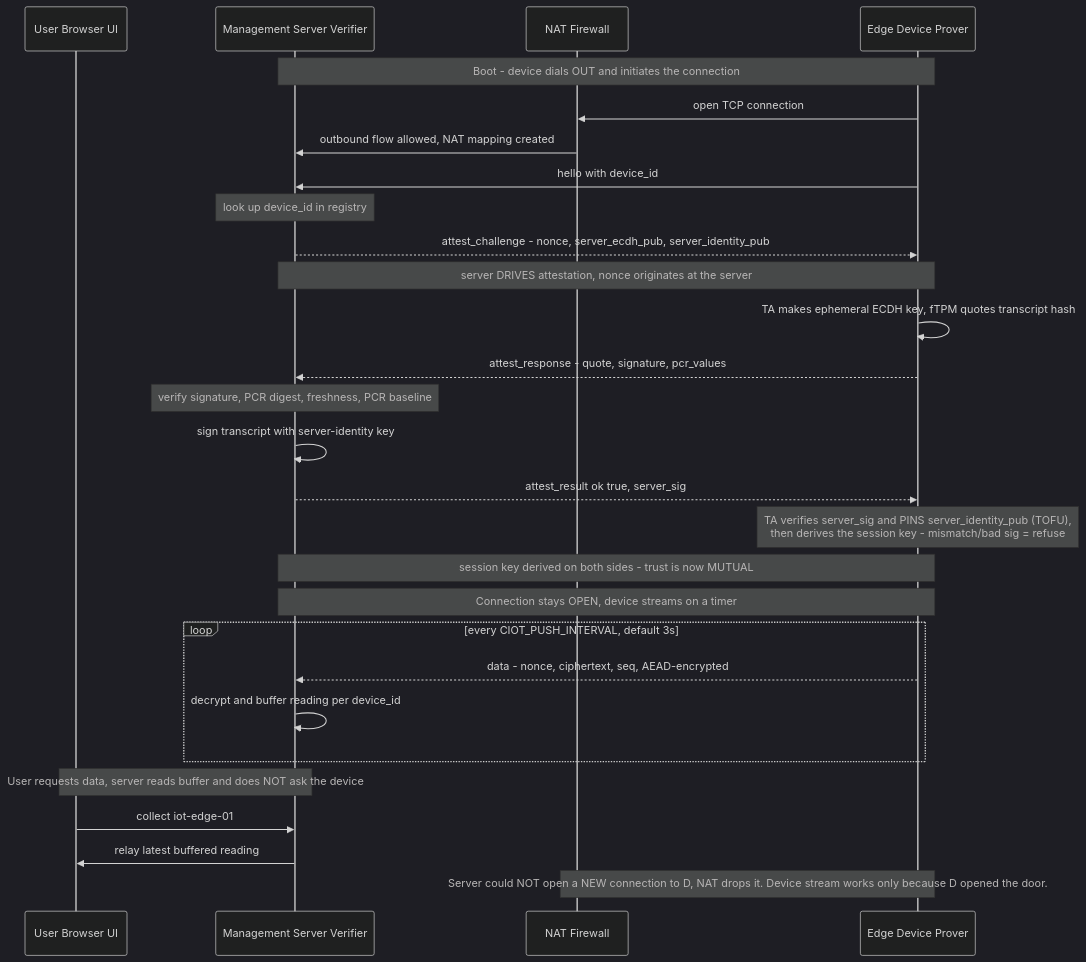
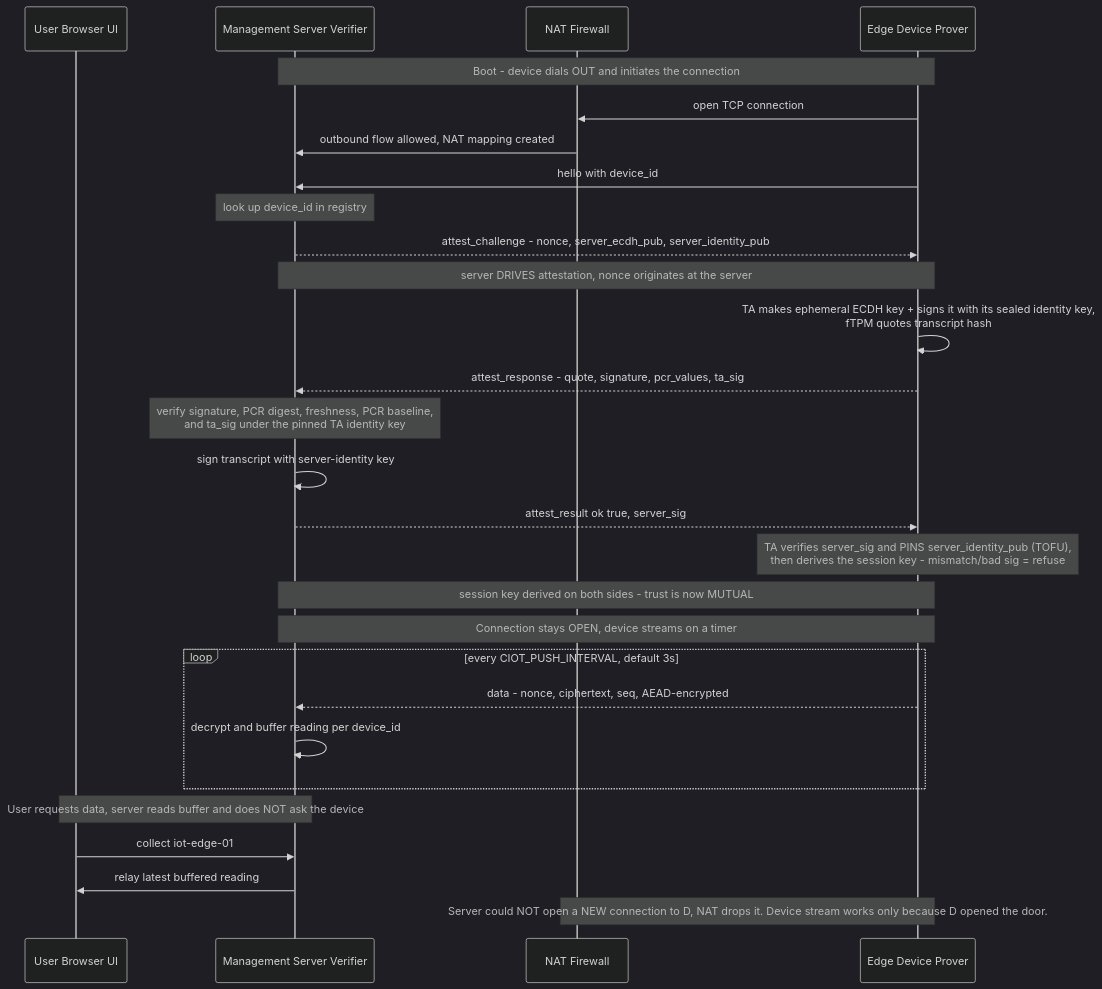
Before and after one commit to NatallieMirelashvili/ConfidentialComputing: the diagram in docs/CONNECTION_INITIATION.md, drawn with Mermaid (dark theme). The commit also changed 16 other files, not shown here.

````diff
--- a/docs/CONNECTION_INITIATION.md
+++ b/docs/CONNECTION_INITIATION.md
@@ -116,37 +116,37 @@
 ```mermaid
 sequenceDiagram
     participant U as User Browser UI
     participant S as Management Server Verifier
     participant N as NAT Firewall
     participant D as Edge Device Prover
 
     Note over D,S: Boot - device dials OUT and initiates the connection
     D->>N: open TCP connection
     N->>S: outbound flow allowed, NAT mapping created
     D->>S: hello with device_id
 
     Note over S: look up device_id in registry
     S-->>D: attest_challenge - nonce, server_ecdh_pub, server_identity_pub
     Note over S,D: server DRIVES attestation, nonce originates at the server
 
-    D->>D: TA makes ephemeral ECDH key, fTPM quotes transcript hash
-    D-->>S: attest_response - quote, signature, pcr_values
+    D->>D: TA makes ephemeral ECDH key + signs it with its sealed identity key,<br/>fTPM quotes transcript hash
+    D-->>S: attest_response - quote, signature, pcr_values, ta_sig
 
-    Note over S: verify signature, PCR digest, freshness, PCR baseline
+    Note over S: verify signature, PCR digest, freshness, PCR baseline,<br/>and ta_sig under the pinned TA identity key
     S->>S: sign transcript with server-identity key
     S-->>D: attest_result ok true, server_sig
     Note over D: TA verifies server_sig and PINS server_identity_pub (TOFU),<br/>then derives the session key - mismatch/bad sig = refuse
     Note over S,D: session key derived on both sides - trust is now MUTUAL
 
     Note over D,S: Connection stays OPEN, device streams on a timer
     loop every CIOT_PUSH_INTERVAL, default 3s
         D-->>S: data - nonce, ciphertext, seq, AEAD-encrypted
         S->>S: decrypt and buffer reading per device_id
     end
 
     Note over U,S: User requests data, server reads buffer and does NOT ask the device
     U->>S: collect iot-edge-01
     S->>U: relay latest buffered reading
 
     Note over N,D: Server could NOT open a NEW connection to D, NAT drops it. Device stream works only because D opened the door.
 ```
````
